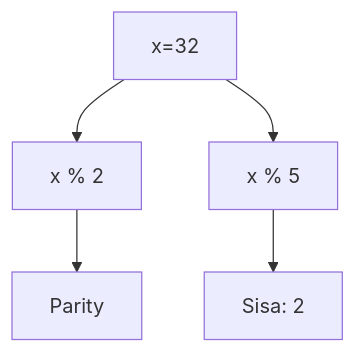
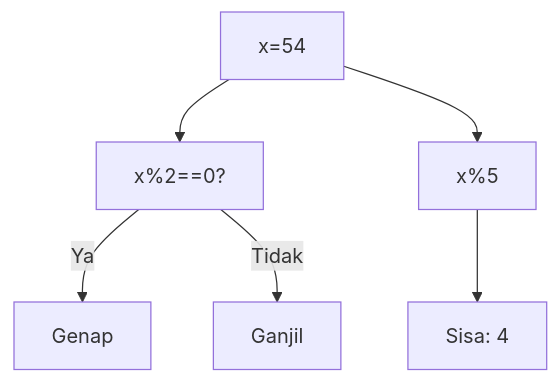
Before and after one commit to amnahwaida/OSNK_INF_PREP: the fifth of 25 diagrams in part-c-pemahaman-cpp/01-tipe-data/latihan/set-06.md, drawn with Mermaid. The commit also changed other lines of this file and 71 other files, not shown here.

Commit message:
Fixed Mermaid syntax lexical errors with quoted labels in 1,800 questions

````diff
--- a/part-c-pemahaman-cpp/01-tipe-data/latihan/set-06.md
+++ b/part-c-pemahaman-cpp/01-tipe-data/latihan/set-06.md
@@ -54,7 +151,8 @@
 ```mermaid
 graph TD
-A[x=32] --> B[x % 2]
-B --> C[Parity]
-A --> D[x % 5]
-D --> E[Sisa: 2]
+A["x=54"] --> B["x%2==0?"]
+B -- Ya --> C["Genap"]
+B -- Tidak --> D["Ganjil"]
+A --> E["x%5"]
+E --> F["Sisa: 4"]
 ```
````
